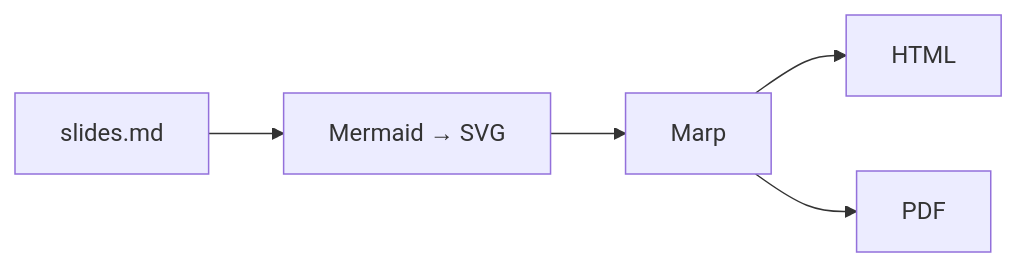
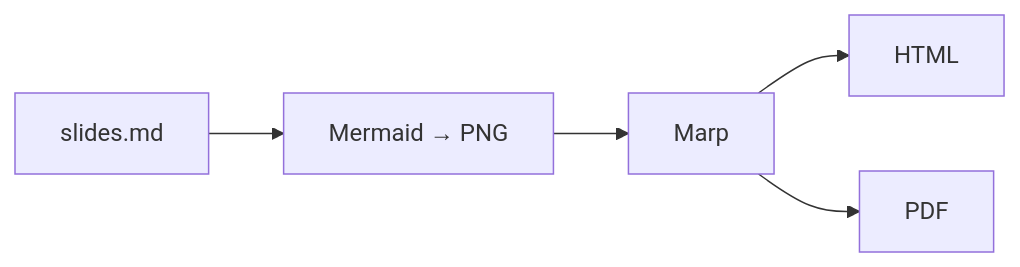
The diagram in slides.md (myokoym/misereru), drawn with Mermaid before and after one commit. The commit also changed other lines of this file, not shown here.

Commit message:
fix: keep diagram and composite samples within slide bounds

````diff
--- a/slides.md
+++ b/slides.md
@@ -79,7 +79,7 @@
 ```mermaid
 flowchart LR
-  A[slides.md] --> B[Mermaid → SVG]
+  A[slides.md] --> B[Mermaid → PNG]
   B --> C[Marp]
   C --> D[HTML]
   C --> E[PDF]
 ```
````
